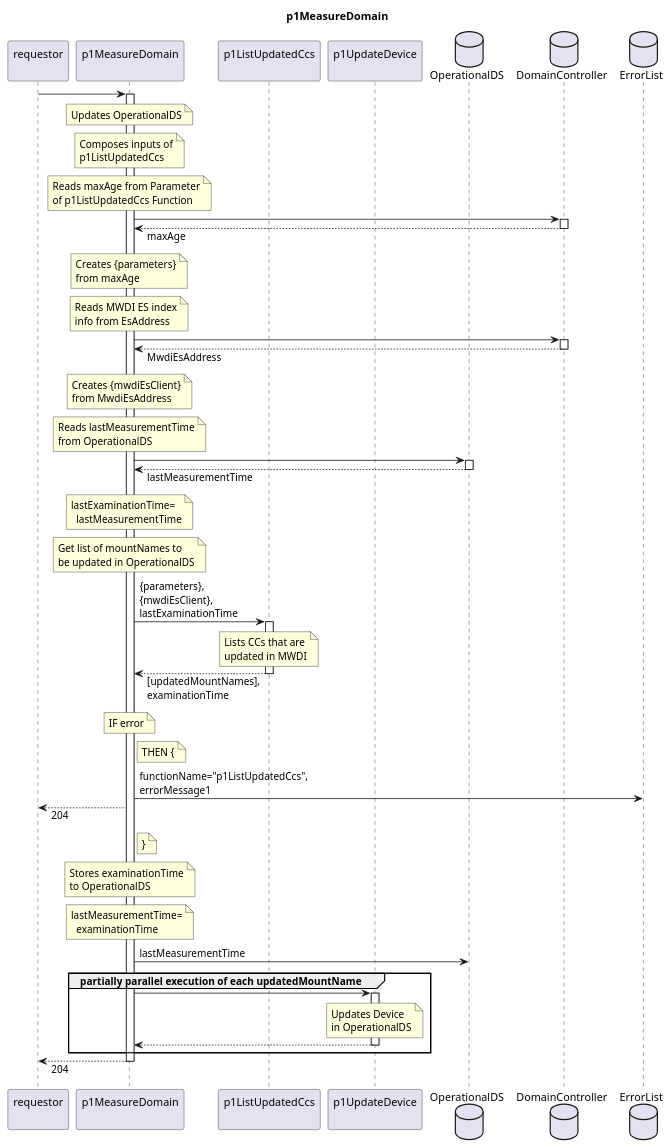
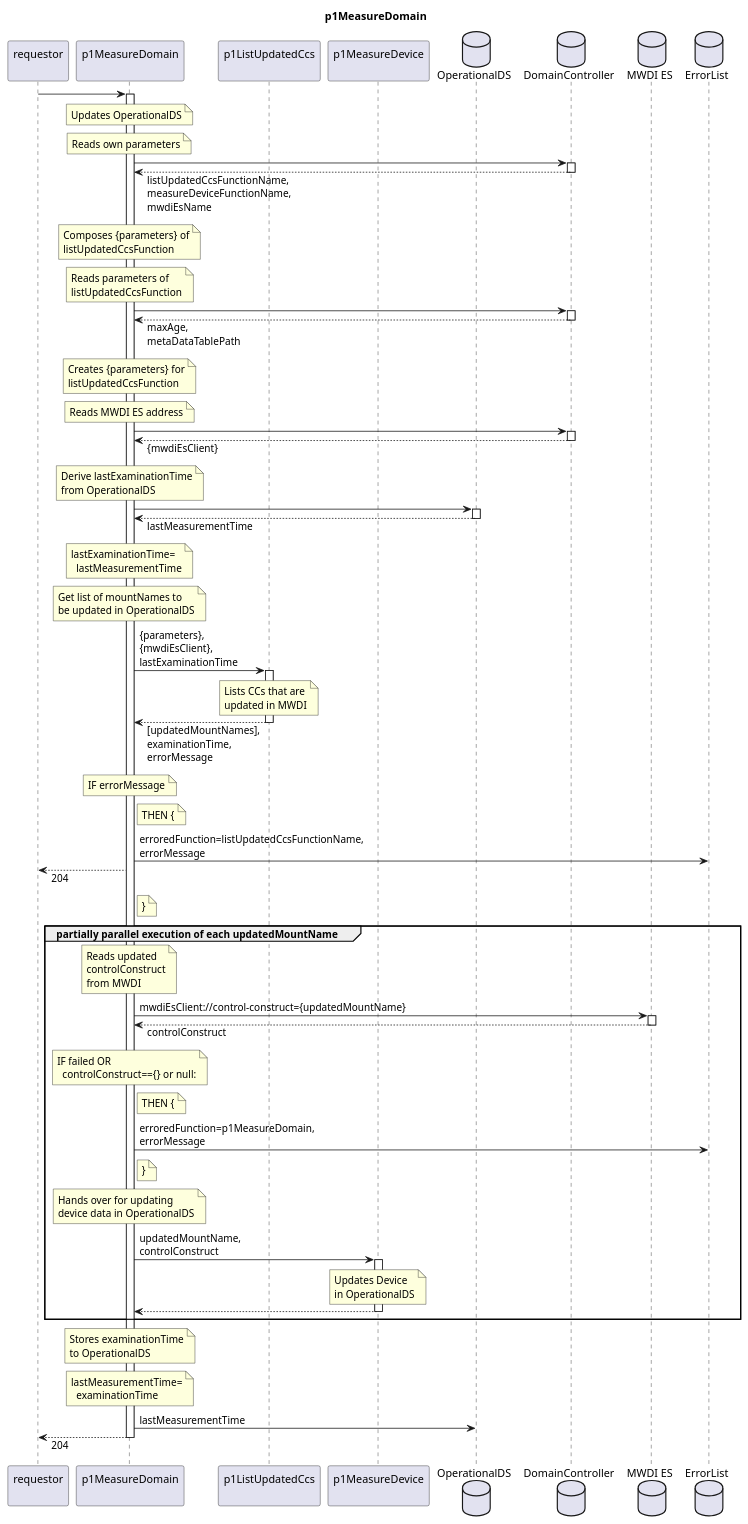
Before and after one commit to openBackhaul/FirmWareManager: the diagram in spec/Functions/Measurement/p1MeasureDomain/1.0.0/p1MeasureDomain.plantuml, drawn with PlantUML. The commit also changed 53 other files, not shown here.

```diff
--- a/spec/Functions/Measurement/p1MeasureDomain/1.0.0/p1MeasureDomain.plantuml
+++ b/spec/Functions/Measurement/p1MeasureDomain/1.0.0/p1MeasureDomain.plantuml
@@ -1,114 +1,146 @@
 @startuml p1MeasureDomain
 skinparam responseMessageBelowArrow true
 
 title
   p1MeasureDomain
 end title
 
 participant "requestor\n" as requestor
 participant "p1MeasureDomain\n" as indServ
 participant "p1ListUpdatedCcs\n" as listCcs
-participant "p1UpdateDevice\n" as updateCc
+participant "p1MeasureDevice\n" as updateCc
 
 database "OperationalDS" as OpDS
 database "DomainController" as DC
+database "MWDI ES" as Mwdi
 database "ErrorList" as hEL
 
 requestor -> indServ
 activate indServ
 
   note over indServ
     Updates OperationalDS
   end note
 
   note over indServ
-    Composes inputs of
-    p1ListUpdatedCcs
-  end note
-  note over indServ
-    Reads maxAge from Parameter
-    of p1ListUpdatedCcs Function
+    Reads own parameters
   end note
   indServ -> DC
   activate DC
-  indServ <-- DC: maxAge
+  indServ <-- DC: listUpdatedCcsFunctionName,\nmeasureDeviceFunctionName,\nmwdiEsName
   deactivate DC
+
   note over indServ
-    Creates {parameters}
-    from maxAge
+    Composes {parameters} of
+    listUpdatedCcsFunction
   end note
   note over indServ
-    Reads MWDI ES index
-    info from EsAddress
+    Reads parameters of
+    listUpdatedCcsFunction
   end note
   indServ -> DC
   activate DC
-  indServ <-- DC: MwdiEsAddress
+  indServ <-- DC: maxAge,\nmetaDataTablePath
   deactivate DC
   note over indServ
-    Creates {mwdiEsClient}
-    from MwdiEsAddress
+    Creates {parameters} for
+    listUpdatedCcsFunction
   end note
+
   note over indServ
-    Reads lastMeasurementTime
+    Reads MWDI ES address
+  end note
+  indServ -> DC
+  activate DC
+  indServ <-- DC: {mwdiEsClient}
+  deactivate DC
+
+  note over indServ
+    Derive lastExaminationTime
     from OperationalDS
   end note
   indServ -> OpDS
   activate OpDS
   indServ <-- OpDS: lastMeasurementTime
   deactivate OpDS
   note over indServ
     lastExaminationTime=
       lastMeasurementTime
   end note
 
   note over indServ
     Get list of mountNames to
     be updated in OperationalDS
   end note
   indServ -> listCcs: {parameters},\n{mwdiEsClient},\nlastExaminationTime
   activate listCcs
     note over listCcs
       Lists CCs that are
       updated in MWDI
     end note
-  indServ <-- listCcs: [updatedMountNames],\nexaminationTime
+  indServ <-- listCcs: [updatedMountNames],\nexaminationTime,\nerrorMessage
   deactivate listCcs
   note over indServ
-    IF error
+    IF errorMessage
   end note
   note right indServ
     THEN {
   end note
-  indServ -> hEL: functionName="p1ListUpdatedCcs",\nerrorMessage1
+  indServ -> hEL: erroredFunction=listUpdatedCcsFunctionName,\nerrorMessage
   requestor <-- indServ: 204
   note right indServ
     }
   end note
+
+  group partially parallel execution of each updatedMountName
+
+    note over indServ
+      Reads updated
+      controlConstruct
+      from MWDI
+    end note
+    indServ -> Mwdi: mwdiEsClient://control-construct={updatedMountName}
+    activate Mwdi
+    indServ <-- Mwdi: controlConstruct
+    deactivate Mwdi
+    note over indServ
+      IF failed OR 
+        controlConstruct=={} or null:
+    end note
+    note right indServ
+      THEN {
+    end note
+    indServ -> hEL: erroredFunction=p1MeasureDomain,\nerrorMessage
+    note right indServ
+      }
+    end note
+
+    note over indServ
+      Hands over for updating
+      device data in OperationalDS
+    end note
+    indServ -> updateCc: updatedMountName,\ncontrolConstruct
+    activate updateCc
+      note over updateCc
+        Updates Device
+        in OperationalDS
+      end note
+
+    indServ <-- updateCc
+    deactivate updateCc
+  end group updatedMountNames
 
   note over indServ
     Stores examinationTime
     to OperationalDS
   end note
   note over indServ
     lastMeasurementTime=
       examinationTime
   end note
   indServ -> OpDS: lastMeasurementTime
 
-  group partially parallel execution of each updatedMountName
-    indServ -> updateCc
-    activate updateCc
-      note over updateCc
-        Updates Device
-        in OperationalDS
-      end note
-
-    indServ <-- updateCc
-    deactivate updateCc
-  end group updatedMountNames
-
 requestor <-- indServ: 204
 deactivate indServ
 
 @enduml
```
